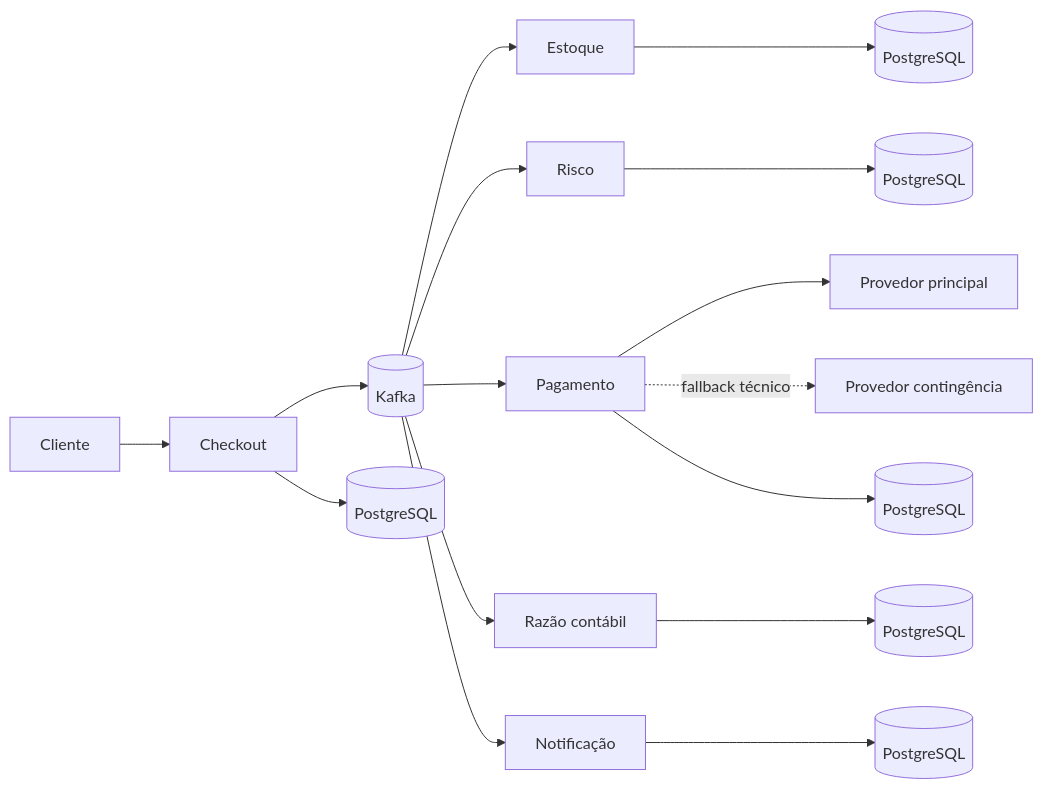
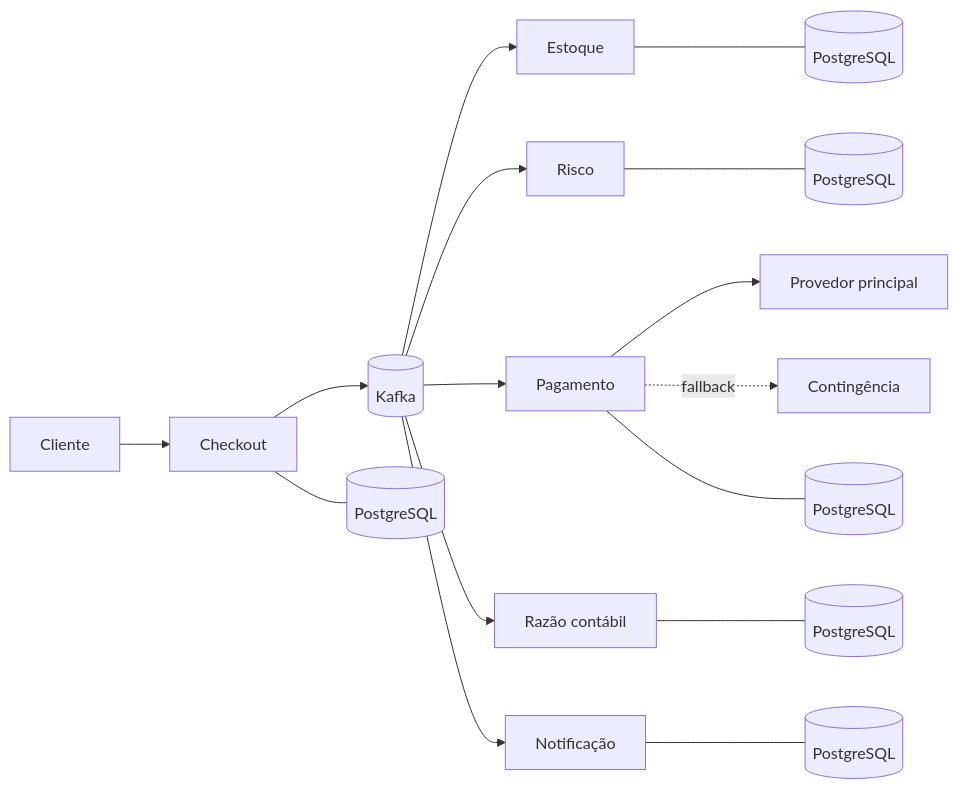
Before and after one commit to Mateussoaresferreira/orquestra-pagamentos: the diagram in README.md, drawn with Mermaid. The commit also changed other lines of this file and 15 other files, not shown here.

````diff
--- a/README.md
+++ b/README.md
@@ -73,18 +49,18 @@
 ```mermaid
 flowchart LR
     C[Cliente] --> CO[Checkout]
     CO --> K[(Kafka)]
     K --> ES[Estoque]
     K --> RI[Risco]
     K --> PA[Pagamento]
     PA --> PR1[Provedor principal]
-    PA -. fallback técnico .-> PR2[Provedor contingência]
+    PA -. fallback .-> PR2[Contingência]
     K --> RA[Razão contábil]
     K --> NO[Notificação]
-    CO --> BC[(PostgreSQL)]
-    ES --> BE[(PostgreSQL)]
-    RI --> BR[(PostgreSQL)]
-    PA --> BP[(PostgreSQL)]
-    RA --> BL[(PostgreSQL)]
-    NO --> BN[(PostgreSQL)]
+    CO --- BC[(PostgreSQL)]
+    ES --- BE[(PostgreSQL)]
+    RI --- BR[(PostgreSQL)]
+    PA --- BP[(PostgreSQL)]
+    RA --- BL[(PostgreSQL)]
+    NO --- BN[(PostgreSQL)]
 ```
````
